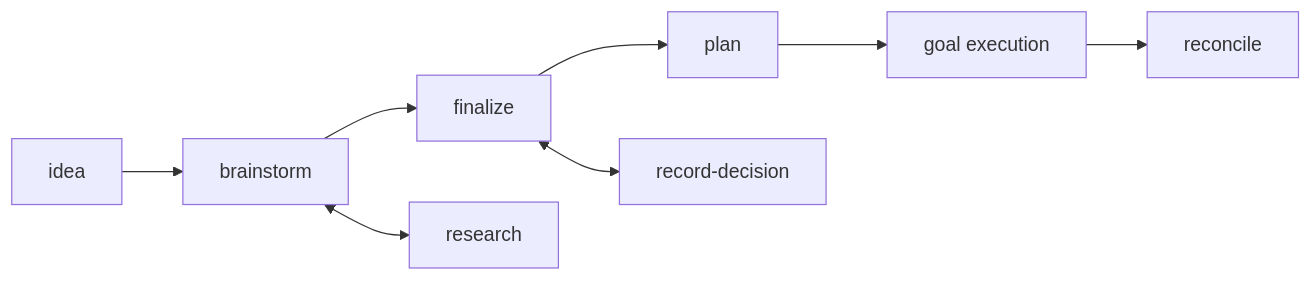
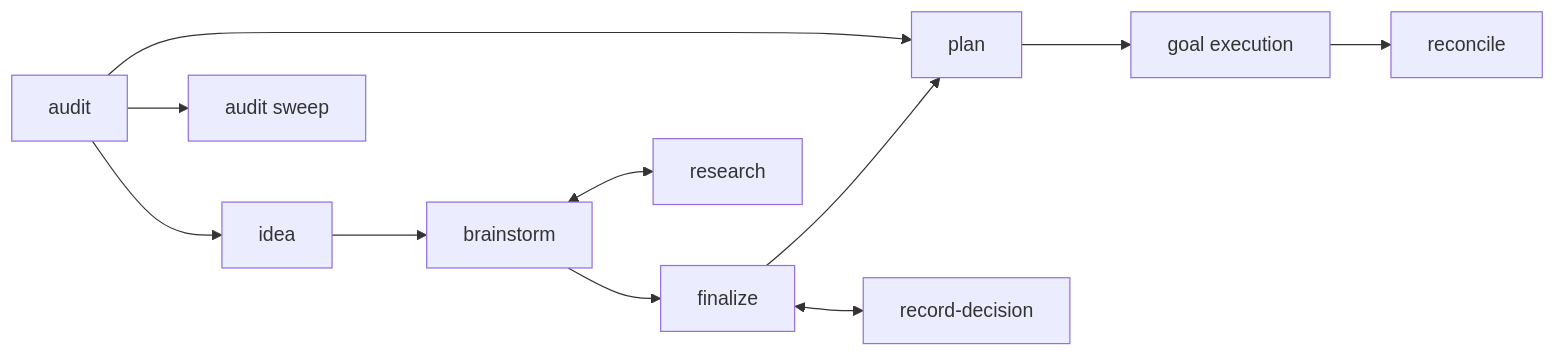
Before and after one commit to tailrocks/tailrocks-skills: the second of 2 diagrams in docs/content/docs/choosing.mdx, drawn with Mermaid. The commit also changed other lines of this file and 17 other files, not shown here.

````diff
--- a/docs/content/docs/choosing.mdx
+++ b/docs/content/docs/choosing.mdx
@@ -191,6 +206,8 @@
 ```mermaid
 flowchart LR
-  idea --> brainstorm --> finalize --> plan --> exec["goal execution"] --> reconcile
+  audit --> idea --> brainstorm --> finalize --> plan --> exec["goal execution"] --> reconcile
+  audit --> plan
+  audit --> sweep["audit sweep"]
   brainstorm <--> research
   finalize <--> decision["record-decision"]
 ```
````
